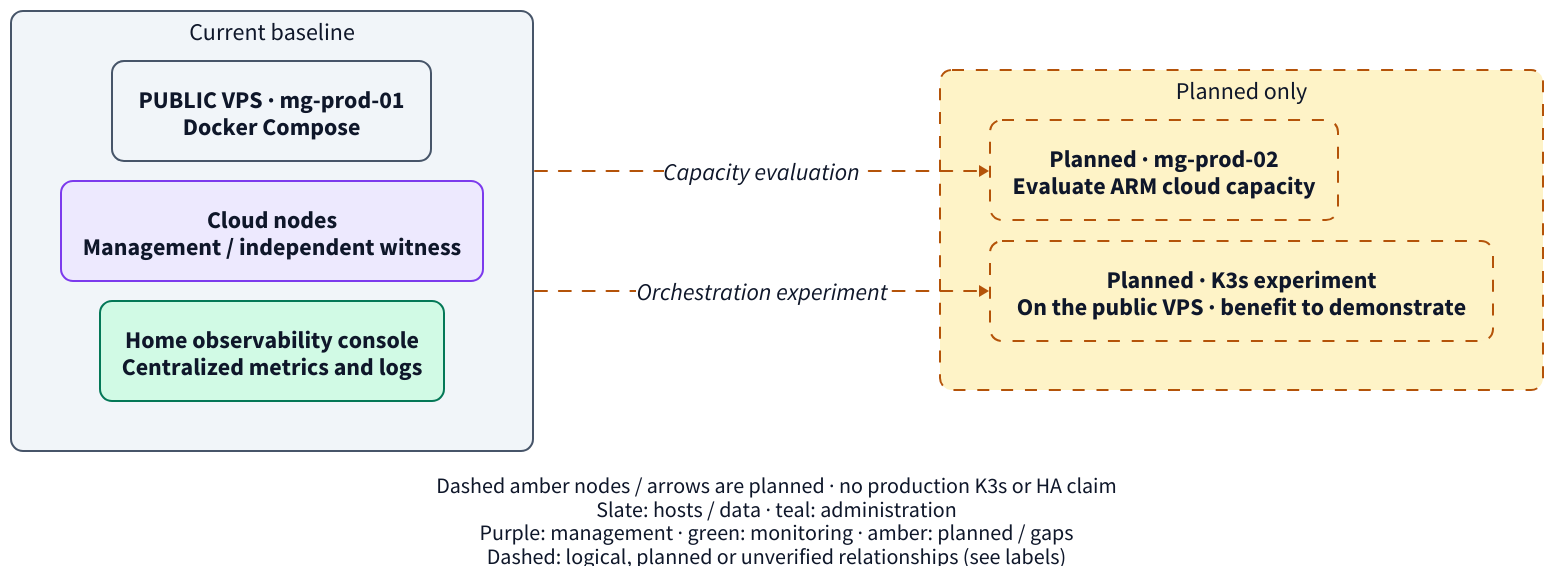
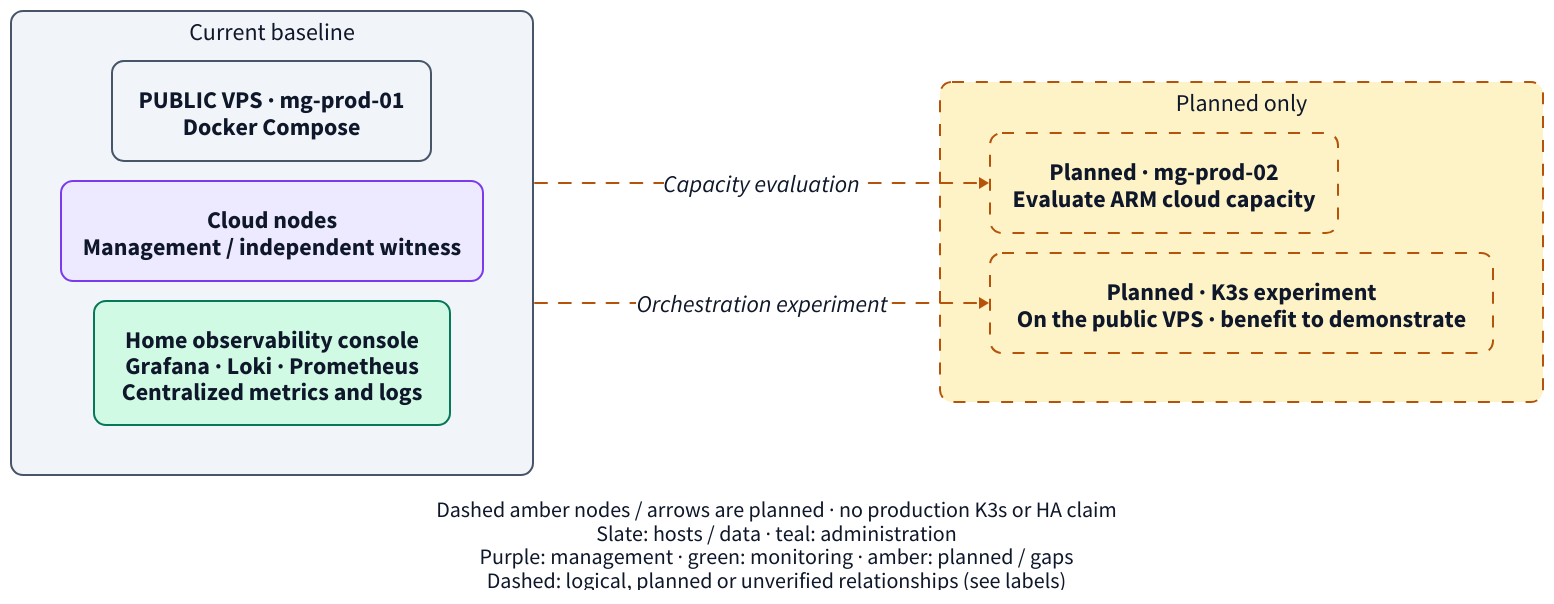
Before and after one commit to matteo-genovese/mg-lab: the diagram in diagrams/src/future-architecture.d2, drawn with D2. The commit also changed 9 other files, not shown here.

First line of the commit message:
Name the observability console components and retire the initial-threshold claims

```diff
--- a/diagrams/src/future-architecture.d2
+++ b/diagrams/src/future-architecture.d2
@@ -1,37 +1,37 @@
 direction: right
 vars: {d2-config: {layout-engine: elk; theme-id: 0}}
 **.style.font-size: 24
 **.style.font-color: "#0f172a"
 **.style.border-radius: 12
 classes: {
   default: {style: {fill: "#f1f5f9"; stroke: "#475569"; font-color: "#0f172a"; font-size: 24; border-radius: 12}}
   control: {style.fill: "#ede9fe"; style.stroke: "#7c3aed"}
   monitor: {style.fill: "#d1fae5"; style.stroke: "#047857"}
   overlay: {style.fill: "#ccfbf1"; style.stroke: "#0f766e"}
   caveat: {style.fill: "#fef3c7"; style.stroke: "#b45309"}
   planned: {style.fill: "#fef3c7"; style.stroke: "#b45309"; style.stroke-dash: 6}
   public: {style.stroke: "#047857"; style.stroke-width: 3; style.font-size: 24; style.font-color: "#0f172a"}
   private: {style.stroke: "#0f766e"; style.stroke-width: 3; style.stroke-dash: 6; style.font-size: 24; style.font-color: "#0f172a"}
   flow: {style.stroke: "#475569"; style.stroke-width: 2; style.font-size: 24; style.font-color: "#0f172a"}
   uncertain: {style.stroke: "#b45309"; style.stroke-dash: 6; style.font-size: 24; style.font-color: "#0f172a"}
 }
 current: "Current baseline" {
   class: default
   prod: "PUBLIC VPS · mg-prod-01\nDocker Compose" {class: default}
   control: "Cloud nodes\nManagement / independent witness" {class: control}
-  console: "Home observability console\nCentralized metrics and logs" {class: monitor}
+  console: "Home observability console\nGrafana · Loki · Prometheus\nCentralized metrics and logs" {class: monitor}
 }
 planned: "Planned only" {
   class: planned
   arm: "Planned · mg-prod-02\nEvaluate ARM cloud capacity" {class: planned}
   k3s: "Planned · K3s experiment\nOn the public VPS · benefit to demonstrate" {class: planned}
 }
 current -> planned.arm: "Capacity evaluation" {class: uncertain}
 current -> planned.k3s: "Orchestration experiment" {class: uncertain}
 
 legend: "Dashed amber nodes / arrows are planned · no production K3s or HA claim\nSlate: hosts / data · teal: administration\nPurple: management · green: monitoring · amber: planned / gaps\nDashed: logical, planned or unverified relationships (see labels)" {
   shape: text
   near: bottom-center
   style.font-size: 22
   style.font-color: "#0f172a"
 }
```
